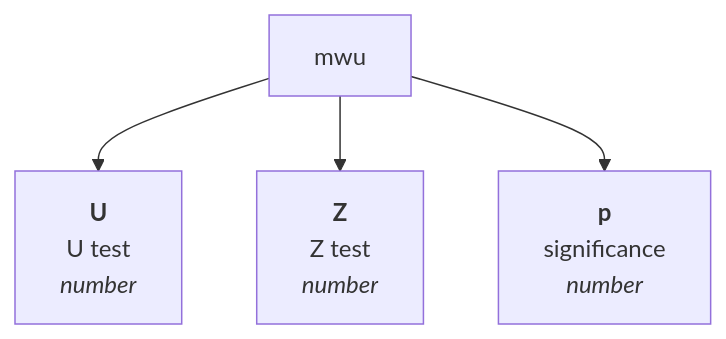
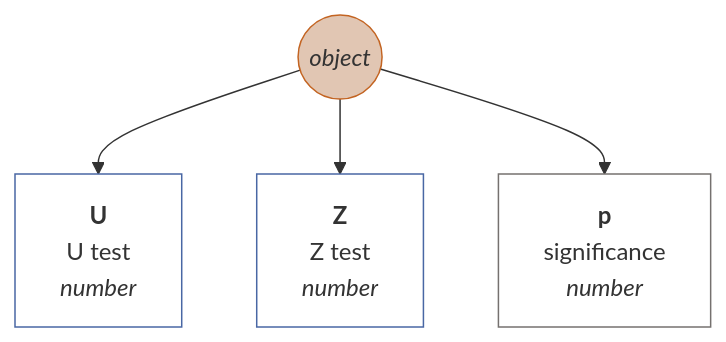
Before and after one commit to muzikp/retusa: the tenth of 13 diagrams in docs/en-GB/matrix.md, drawn with Mermaid. The commit also changed other lines of this file and 17 other files, not shown here.

````diff
--- a/docs/en-GB/matrix.md
+++ b/docs/en-GB/matrix.md
@@ -496,7 +570,16 @@
 ```mermaid
 graph TD
+mwu((<i>object</i>))
+style mwu fill:#E1C6B3;
+style mwu stroke:#C36422;
 mwu --> U[<b>U</b><br>U test <br><i>number</i>]
+style U fill:#FFFFFF;
+style U stroke:#4967A4;
 mwu --> Z[<b>Z</b><br>Z test <br><i>number</i>]
+style Z fill:#FFFFFF;
+style Z stroke:#4967A4;
 mwu --> p[<b>p</b><br>significance <br><i>number</i>]
+style p fill:#FFFFFF;
+style p stroke:#75716F;
 
 ```
````
